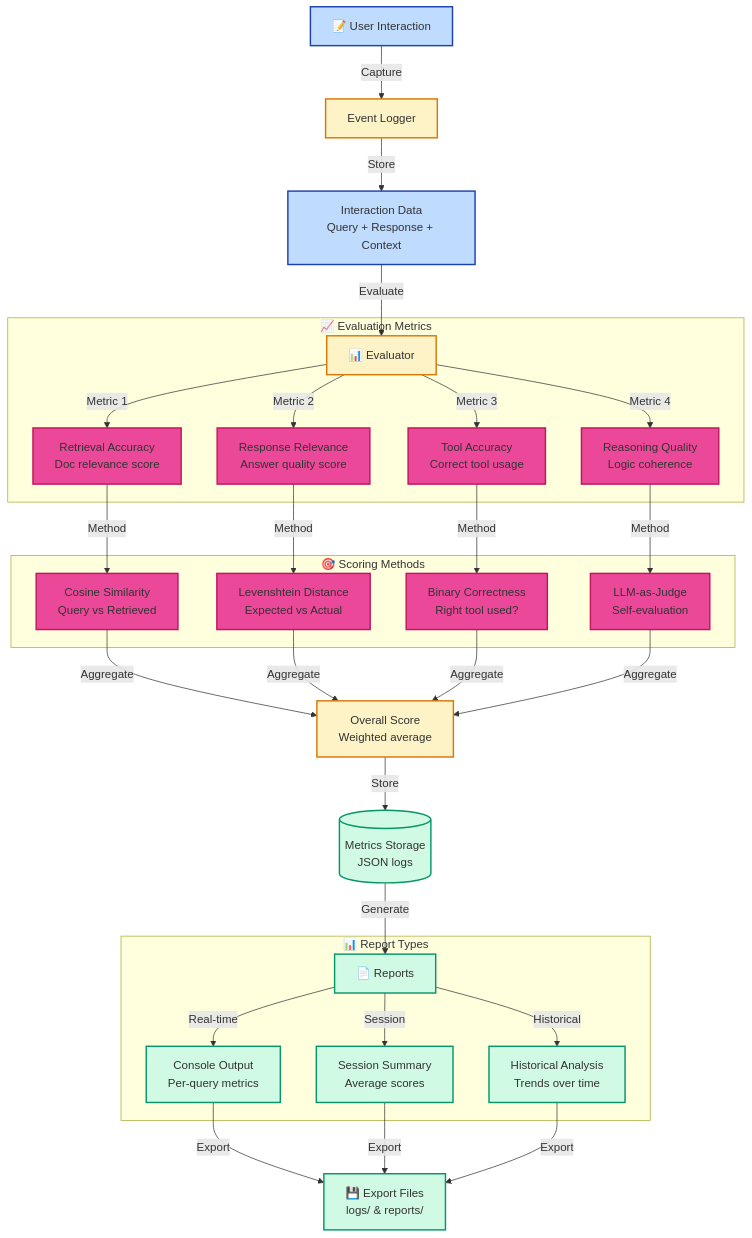
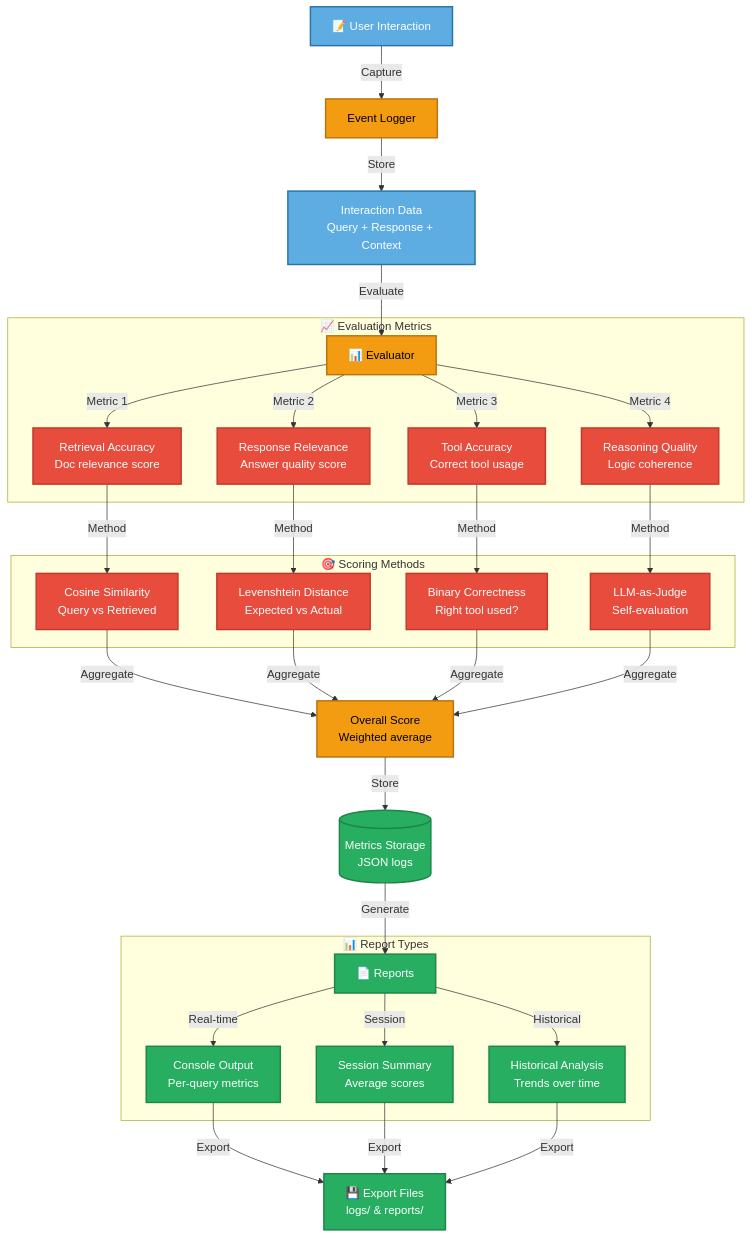
Before and after one commit to shabbir-ciklum/rag-chatbot-module4-assignment: the fifth of 7 diagrams in ARCHITECTURE_COMPONENTS.md, drawn with Mermaid. The commit also changed other lines of this file, not shown here.

Commit message:
update architecture diagram with theme friendly colors

````diff
--- a/ARCHITECTURE_COMPONENTS.md
+++ b/ARCHITECTURE_COMPONENTS.md
@@ -284,46 +284,46 @@
 ```mermaid
 graph TD
     Interaction[📝 User Interaction] -->|Capture| Logger[Event Logger]
 
     Logger -->|Store| InteractionData[Interaction Data<br/>Query + Response + Context]
 
     InteractionData -->|Evaluate| Evaluator[📊 Evaluator]
 
     subgraph Metrics["📈 Evaluation Metrics"]
         Evaluator -->|Metric 1| M1[Retrieval Accuracy<br/>Doc relevance score]
         Evaluator -->|Metric 2| M2[Response Relevance<br/>Answer quality score]
         Evaluator -->|Metric 3| M3[Tool Accuracy<br/>Correct tool usage]
         Evaluator -->|Metric 4| M4[Reasoning Quality<br/>Logic coherence]
     end
 
     subgraph Scoring["🎯 Scoring Methods"]
         M1 -->|Method| S1[Cosine Similarity<br/>Query vs Retrieved]
         M2 -->|Method| S2[Levenshtein Distance<br/>Expected vs Actual]
         M3 -->|Method| S3[Binary Correctness<br/>Right tool used?]
         M4 -->|Method| S4[LLM-as-Judge<br/>Self-evaluation]
     end
 
     S1 & S2 & S3 & S4 -->|Aggregate| OverallScore[Overall Score<br/>Weighted average]
 
     OverallScore -->|Store| MetricsDB[(Metrics Storage<br/>JSON logs)]
 
     MetricsDB -->|Generate| Reports[📄 Reports]
 
     subgraph ReportTypes["📊 Report Types"]
         Reports -->|Real-time| RTReport[Console Output<br/>Per-query metrics]
         Reports -->|Session| SessionReport[Session Summary<br/>Average scores]
         Reports -->|Historical| HistReport[Historical Analysis<br/>Trends over time]
     end
 
     RTReport & SessionReport & HistReport -->|Export| Files[💾 Export Files<br/>logs/ & reports/]
 
-    classDef input fill:#bfdbfe,stroke:#1e40af,stroke-width:2px
-    classDef process fill:#fef3c7,stroke:#d97706,stroke-width:2px
-    classDef metrics fill:#ec4899,stroke:#be185d,stroke-width:2px
-    classDef output fill:#d1fae5,stroke:#059669,stroke-width:2px
+    classDef input fill:#5DADE2,stroke:#2874A6,stroke-width:2px,color:#fff
+    classDef process fill:#F39C12,stroke:#B8730D,stroke-width:2px,color:#000
+    classDef metrics fill:#E74C3C,stroke:#C0392B,stroke-width:2px,color:#fff
+    classDef output fill:#27AE60,stroke:#1E8449,stroke-width:2px,color:#fff
 
     class Interaction,InteractionData input
     class Logger,Evaluator,OverallScore process
     class M1,M2,M3,M4,S1,S2,S3,S4 metrics
     class MetricsDB,Reports,RTReport,SessionReport,HistReport,Files output
 ```
````
